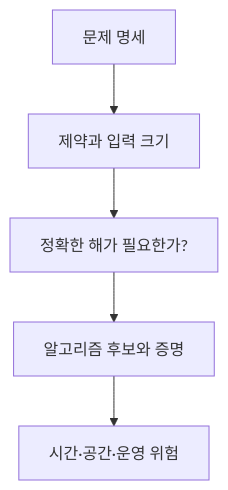
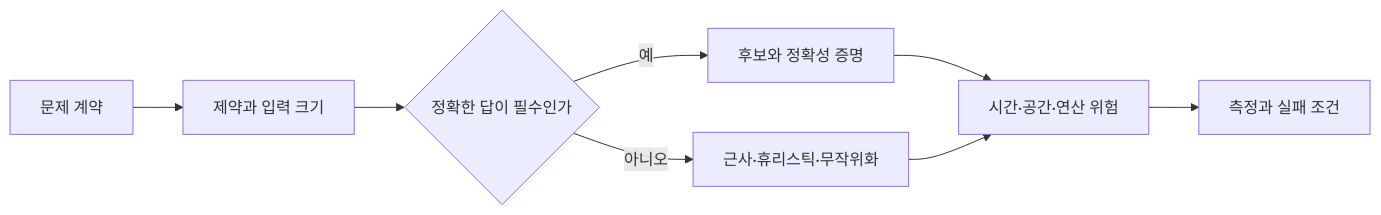
Before and after one commit to mj006648/netai-devsecops-runbook: the diagram in learning/algorithms/12-choosing-and-limitations.md, drawn with Mermaid. The commit also changed other lines of this file and 62 other files, not shown here.

````diff
--- a/learning/algorithms/12-choosing-and-limitations.md
+++ b/learning/algorithms/12-choosing-and-limitations.md
@@ -7,7 +7,10 @@
-```mermaid
-flowchart TD
-    P["문제 명세"] --> C["제약과 입력 크기"]
-    C --> E["정확한 해가 필요한가?"]
-    E --> A["알고리즘 후보와 증명"]
-    A --> R["시간·공간·운영 위험"]
-```
+~~~mermaid
+flowchart LR
+    A[문제 계약] --> B[제약과 입력 크기]
+    B --> C{정확한 답이 필수인가}
+    C -->|예| D[후보와 정확성 증명]
+    C -->|아니오| E[근사·휴리스틱·무작위화]
+    D --> F[시간·공간·연산 위험]
+    E --> F
+    F --> G[측정과 실패 조건]
+~~~
````
